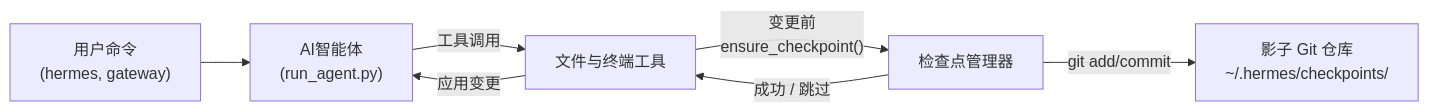
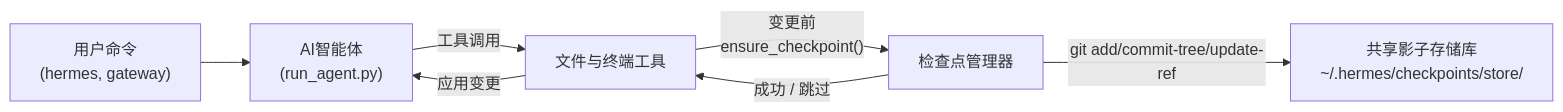
The diagram in i18n/zh-CN/docusaurus-plugin-content-docs/current/user-guide/checkpoints-and-rollback.md (renxia/hermes-agent-docs), drawn with Mermaid before and after one commit. The commit also changed other lines of this file and 402 other files, not shown here.

````diff
--- a/i18n/zh-CN/docusaurus-plugin-content-docs/current/user-guide/checkpoints-and-rollback.md
+++ b/i18n/zh-CN/docusaurus-plugin-content-docs/current/user-guide/checkpoints-and-rollback.md
@@ -43,15 +69,15 @@
 ```mermaid
 flowchart LR
   user["用户命令\n(hermes, gateway)"]
   agent["AI智能体\n(run_agent.py)"]
   tools["文件与终端工具"]
   cpMgr["检查点管理器"]
-  shadowRepo["影子 Git 仓库\n~/.hermes/checkpoints/<hash>"]
+  store["共享影子存储库\n~/.hermes/checkpoints/store/"]
 
   user --> agent
   agent -->|"工具调用"| tools
   tools -->|"变更前\nensure_checkpoint()"| cpMgr
-  cpMgr -->|"git add/commit"| shadowRepo
+  cpMgr -->|"git add/commit-tree/update-ref"| store
   cpMgr -->|"成功 / 跳过"| tools
   tools -->|"应用变更"| agent
 ```
````
